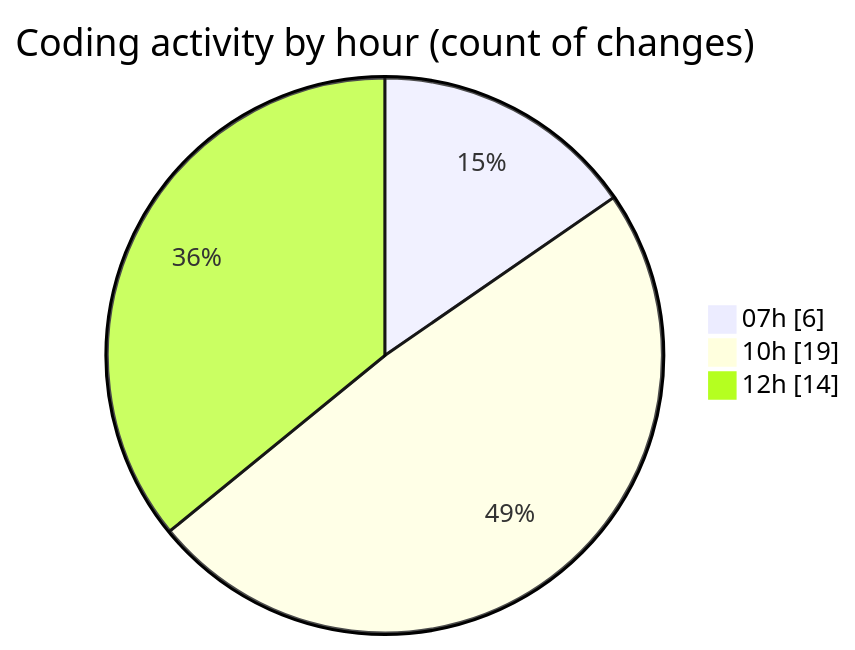
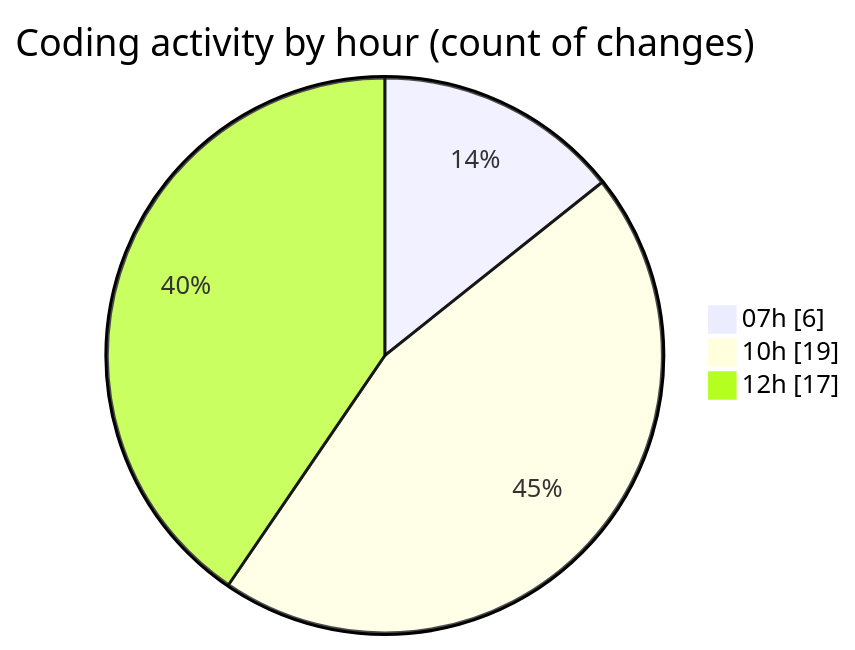
Before and after one commit to lephambinh05/code-tracking: the second of 2 diagrams in 2025-08-14/rentotp/README.md, drawn with Mermaid. The commit also changed other lines of this file and 1 other file, not shown here.

````diff
--- a/2025-08-14/rentotp/README.md
+++ b/2025-08-14/rentotp/README.md
@@ -34,7 +34,7 @@
 ```mermaid
 pie showData
 title Coding activity by hour (count of changes)
 "07h" : 6
 "10h" : 19
-"12h" : 14
+"12h" : 17
 ```
````
